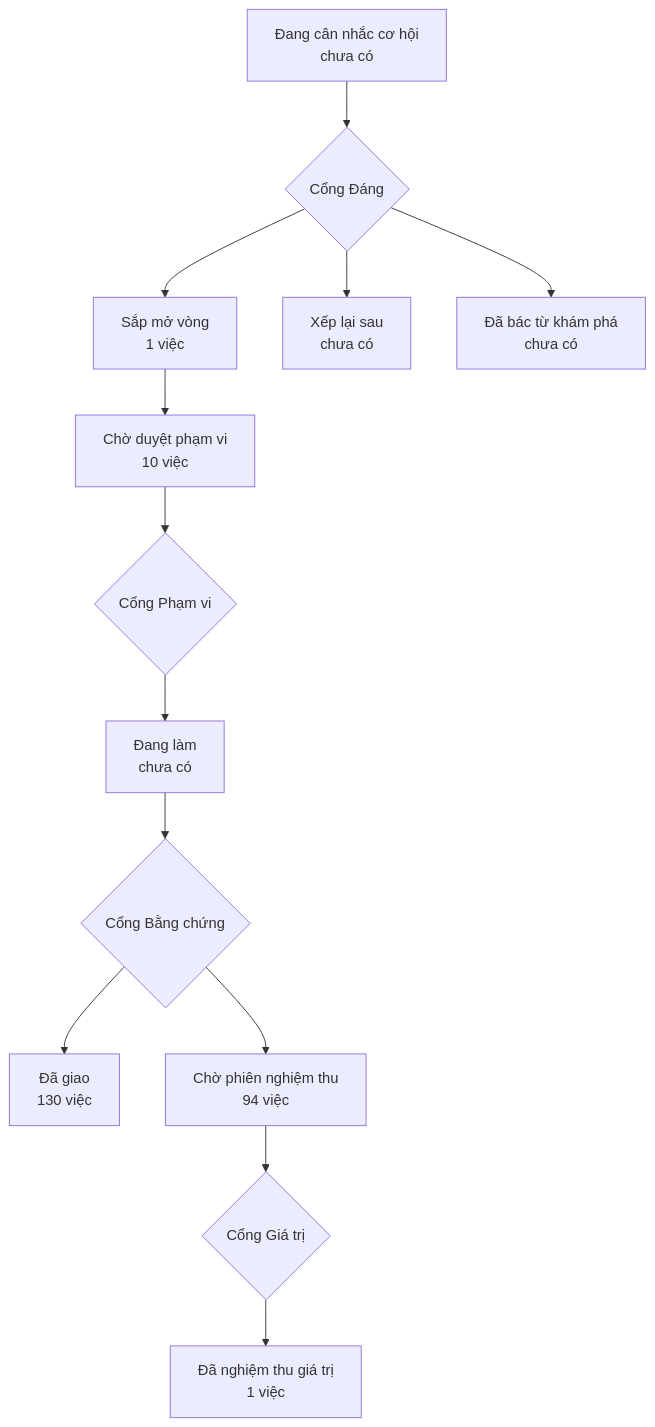
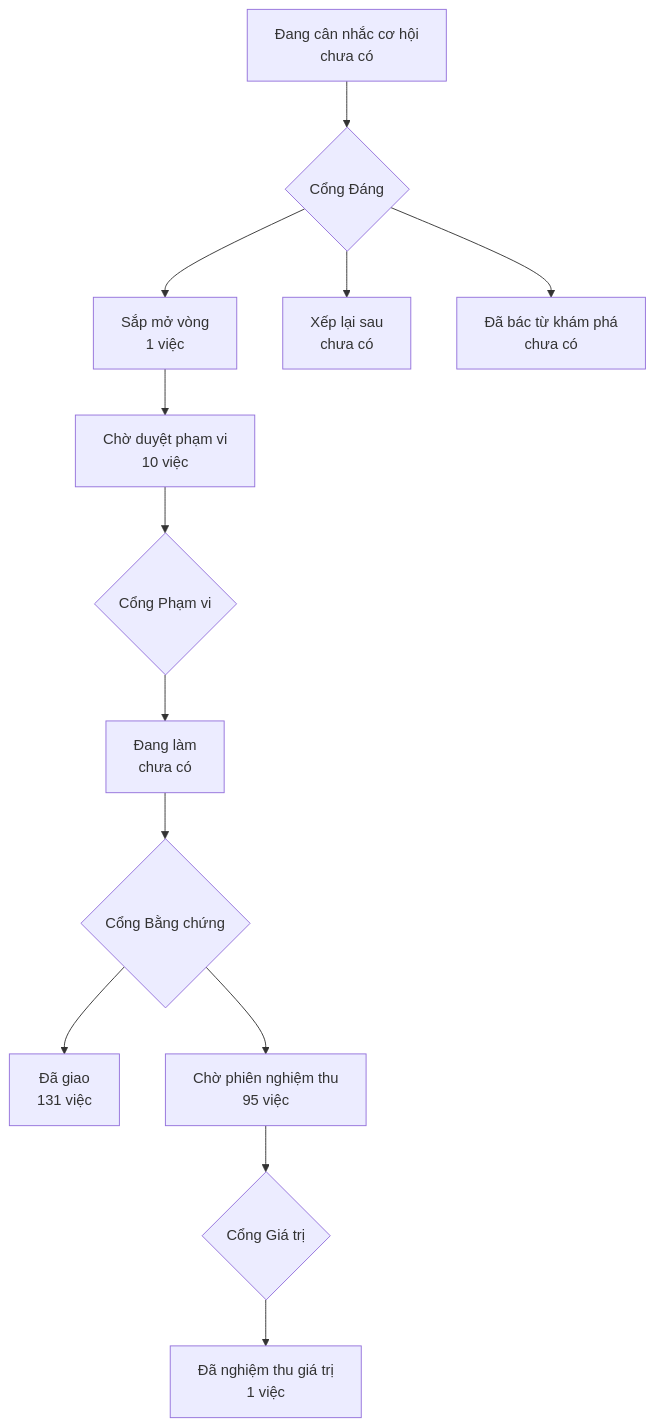
One commit to phanlemanh/onehub-invest changed the diagram in PRODUCT-MAP.md. Above: the diagram before and after it, drawn with Mermaid. The commit also changed other lines of this file and 1 other file, not shown here.

Commit message:
chore(acceptance): vẽ lại bản đồ sau khi gộp main

````diff
--- a/PRODUCT-MAP.md
+++ b/PRODUCT-MAP.md
@@ -7,12 +7,12 @@
 ```mermaid
 flowchart TD
   A["Đang cân nhắc cơ hội<br/>chưa có"] --> GD{"Cổng Đáng"}
   GD --> B["Sắp mở vòng<br/>1 việc"]
   GD --> XL["Xếp lại sau<br/>chưa có"]
   GD --> DB["Đã bác từ khám phá<br/>chưa có"]
   B --> CD["Chờ duyệt phạm vi<br/>10 việc"] --> GP{"Cổng Phạm vi"}
   GP --> DL["Đang làm<br/>chưa có"] --> GB{"Cổng Bằng chứng"}
-  GB --> DG["Đã giao<br/>130 việc"]
-  GB --> CN["Chờ phiên nghiệm thu<br/>94 việc"] --> GG{"Cổng Giá trị"}
+  GB --> DG["Đã giao<br/>131 việc"]
+  GB --> CN["Chờ phiên nghiệm thu<br/>95 việc"] --> GG{"Cổng Giá trị"}
   GG --> NT["Đã nghiệm thu giá trị<br/>1 việc"]
 ```
````
